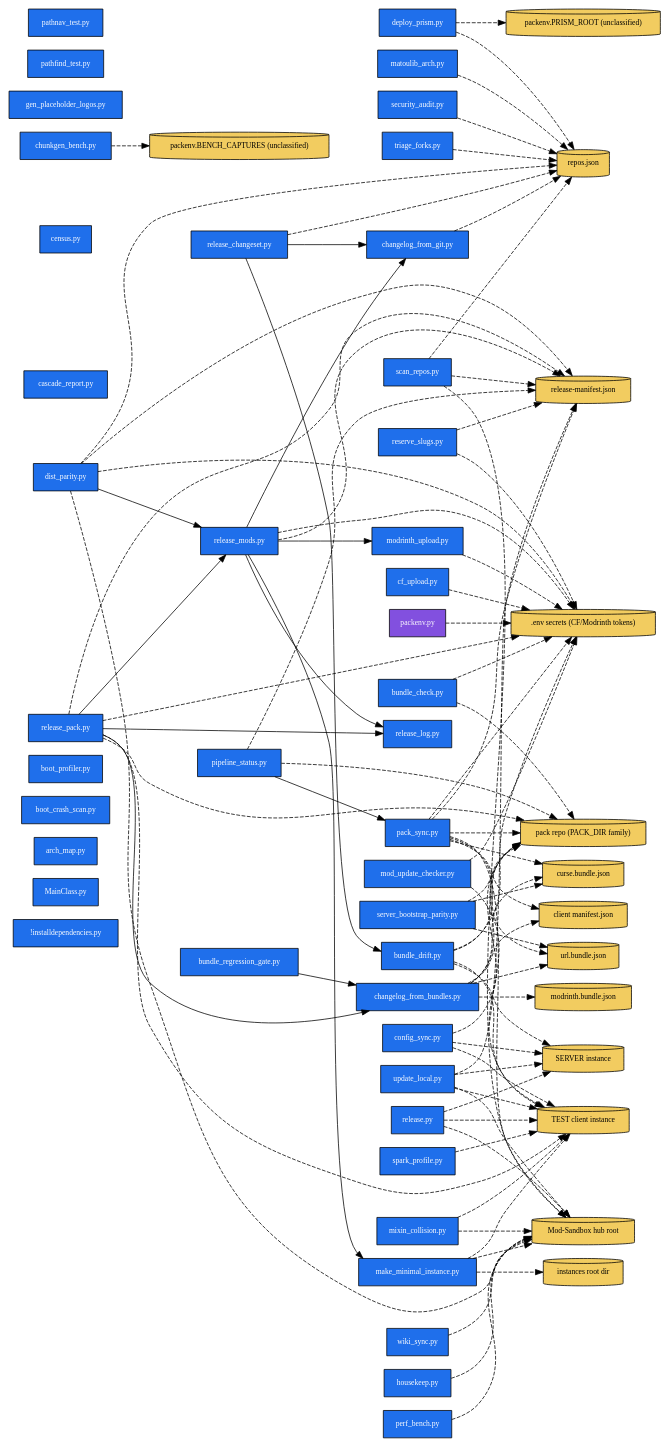
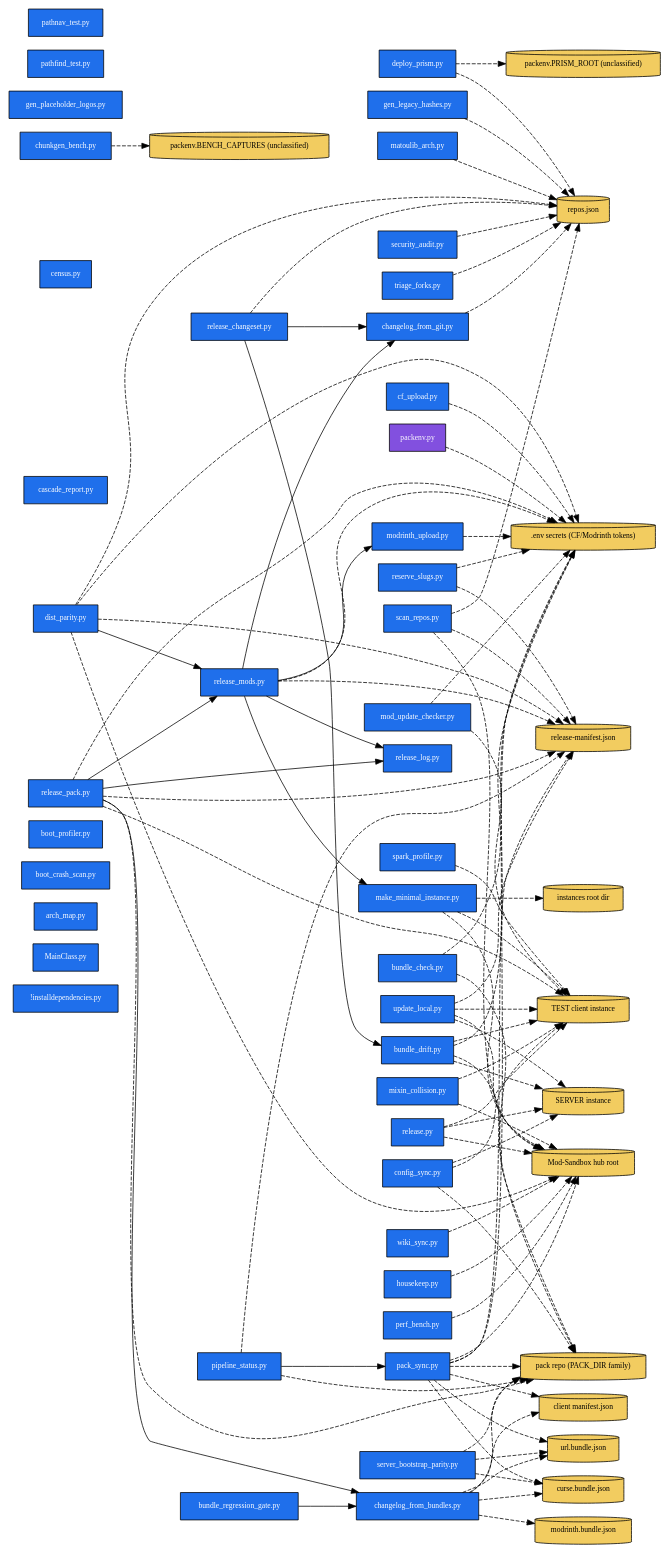
The diagram in ARCHITECTURE.dot (quentin452/Cat-Pack-Utilities), drawn with Graphviz before and after one commit. The commit also changed 2 other files, not shown here.

Commit message:
feat(tooling): gen_legacy_hashes.py — one-shot _legacy_hashes.json from a mod's git history
Generates the git-derived legacy-hash resource consumed by matoulib core DefaultsExtractor's
installed-base bootstrap (hub doc 60 §3): walks `git log --all`, hashes the raw bytes of every
historical blob under assets/<ns>/**, keyed by relpath, into
<repo>/src/main/resources/assets/<ns>/_legacy_hashes.json. Repo path resolved via
packenv/repos.json (no hardcoded paths). --check gates staleness. ARCHITECTURE map regenerated.

```diff
--- a/ARCHITECTURE.dot
+++ b/ARCHITECTURE.dot
@@ -1,146 +1,148 @@
 digraph arch {
   rankdir=LR;
   node [shape=box, style=filled, fontsize=10];
 
   S__installdependencies [label="!installdependencies.py", fillcolor="#1f6feb", fontcolor="white"];
   S_MainClass [label="MainClass.py", fillcolor="#1f6feb", fontcolor="white"];
   S_arch_map [label="arch_map.py", fillcolor="#1f6feb", fontcolor="white"];
   S_boot_crash_scan [label="boot_crash_scan.py", fillcolor="#1f6feb", fontcolor="white"];
   S_boot_profiler [label="boot_profiler.py", fillcolor="#1f6feb", fontcolor="white"];
   S_bundle_check [label="bundle_check.py", fillcolor="#1f6feb", fontcolor="white"];
   S_bundle_drift [label="bundle_drift.py", fillcolor="#1f6feb", fontcolor="white"];
   S_bundle_regression_gate [label="bundle_regression_gate.py", fillcolor="#1f6feb", fontcolor="white"];
   S_cascade_report [label="cascade_report.py", fillcolor="#1f6feb", fontcolor="white"];
   S_census [label="census.py", fillcolor="#1f6feb", fontcolor="white"];
   S_cf_upload [label="cf_upload.py", fillcolor="#1f6feb", fontcolor="white"];
   S_changelog_from_bundles [label="changelog_from_bundles.py", fillcolor="#1f6feb", fontcolor="white"];
   S_changelog_from_git [label="changelog_from_git.py", fillcolor="#1f6feb", fontcolor="white"];
   S_chunkgen_bench [label="chunkgen_bench.py", fillcolor="#1f6feb", fontcolor="white"];
   S_config_sync [label="config_sync.py", fillcolor="#1f6feb", fontcolor="white"];
   S_deploy_prism [label="deploy_prism.py", fillcolor="#1f6feb", fontcolor="white"];
   S_dist_parity [label="dist_parity.py", fillcolor="#1f6feb", fontcolor="white"];
+  S_gen_legacy_hashes [label="gen_legacy_hashes.py", fillcolor="#1f6feb", fontcolor="white"];
   S_gen_placeholder_logos [label="gen_placeholder_logos.py", fillcolor="#1f6feb", fontcolor="white"];
   S_housekeep [label="housekeep.py", fillcolor="#1f6feb", fontcolor="white"];
   S_make_minimal_instance [label="make_minimal_instance.py", fillcolor="#1f6feb", fontcolor="white"];
   S_matoulib_arch [label="matoulib_arch.py", fillcolor="#1f6feb", fontcolor="white"];
   S_mixin_collision [label="mixin_collision.py", fillcolor="#1f6feb", fontcolor="white"];
   S_mod_update_checker [label="mod_update_checker.py", fillcolor="#1f6feb", fontcolor="white"];
   S_modrinth_upload [label="modrinth_upload.py", fillcolor="#1f6feb", fontcolor="white"];
   S_pack_sync [label="pack_sync.py", fillcolor="#1f6feb", fontcolor="white"];
   S_packenv [label="packenv.py", fillcolor="#8250df", fontcolor="white"];
   S_pathfind_test [label="pathfind_test.py", fillcolor="#1f6feb", fontcolor="white"];
   S_pathnav_test [label="pathnav_test.py", fillcolor="#1f6feb", fontcolor="white"];
   S_perf_bench [label="perf_bench.py", fillcolor="#1f6feb", fontcolor="white"];
   S_pipeline_status [label="pipeline_status.py", fillcolor="#1f6feb", fontcolor="white"];
   S_release [label="release.py", fillcolor="#1f6feb", fontcolor="white"];
   S_release_changeset [label="release_changeset.py", fillcolor="#1f6feb", fontcolor="white"];
   S_release_log [label="release_log.py", fillcolor="#1f6feb", fontcolor="white"];
   S_release_mods [label="release_mods.py", fillcolor="#1f6feb", fontcolor="white"];
   S_release_pack [label="release_pack.py", fillcolor="#1f6feb", fontcolor="white"];
   S_reserve_slugs [label="reserve_slugs.py", fillcolor="#1f6feb", fontcolor="white"];
   S_scan_repos [label="scan_repos.py", fillcolor="#1f6feb", fontcolor="white"];
   S_security_audit [label="security_audit.py", fillcolor="#1f6feb", fontcolor="white"];
   S_server_bootstrap_parity [label="server_bootstrap_parity.py", fillcolor="#1f6feb", fontcolor="white"];
   S_spark_profile [label="spark_profile.py", fillcolor="#1f6feb", fontcolor="white"];
   S_triage_forks [label="triage_forks.py", fillcolor="#1f6feb", fontcolor="white"];
   S_update_local [label="update_local.py", fillcolor="#1f6feb", fontcolor="white"];
   S_wiki_sync [label="wiki_sync.py", fillcolor="#1f6feb", fontcolor="white"];
 
   D_ART_SECRETS [label=".env secrets (CF/Modrinth tokens)", shape=cylinder, fillcolor="#f2cc60"];
   D_ART_HUB [label="Mod-Sandbox hub root", shape=cylinder, fillcolor="#f2cc60"];
   D_ART_INSTANCE_SERVER [label="SERVER instance", shape=cylinder, fillcolor="#f2cc60"];
   D_ART_INSTANCE_TEST [label="TEST client instance", shape=cylinder, fillcolor="#f2cc60"];
   D_ART_CLIENT_MANIFEST [label="client manifest.json", shape=cylinder, fillcolor="#f2cc60"];
   D_ART_CURSE_BUNDLE [label="curse.bundle.json", shape=cylinder, fillcolor="#f2cc60"];
   D_ART_INSTANCES_ROOT [label="instances root dir", shape=cylinder, fillcolor="#f2cc60"];
   D_ART_MODRINTH_BUNDLE [label="modrinth.bundle.json", shape=cylinder, fillcolor="#f2cc60"];
   D_ART_PACK_DIR [label="pack repo (PACK_DIR family)", shape=cylinder, fillcolor="#f2cc60"];
   D_ART_OTHER_BENCH_CAPTURES [label="packenv.BENCH_CAPTURES (unclassified)", shape=cylinder, fillcolor="#f2cc60"];
   D_ART_OTHER_PRISM_ROOT [label="packenv.PRISM_ROOT (unclassified)", shape=cylinder, fillcolor="#f2cc60"];
   D_ART_RELEASE_MANIFEST [label="release-manifest.json", shape=cylinder, fillcolor="#f2cc60"];
   D_ART_REPOS_JSON [label="repos.json", shape=cylinder, fillcolor="#f2cc60"];
   D_ART_URL_BUNDLE [label="url.bundle.json", shape=cylinder, fillcolor="#f2cc60"];
 
   S_bundle_regression_gate -> S_changelog_from_bundles;
   S_dist_parity -> S_release_mods;
   S_pipeline_status -> S_pack_sync;
   S_release_changeset -> S_bundle_drift;
   S_release_changeset -> S_changelog_from_git;
   S_release_mods -> S_changelog_from_git;
   S_release_mods -> S_make_minimal_instance;
   S_release_mods -> S_modrinth_upload;
   S_release_mods -> S_release_log;
   S_release_pack -> S_changelog_from_bundles;
   S_release_pack -> S_release_log;
   S_release_pack -> S_release_mods;
   S_bundle_check -> D_ART_SECRETS [style=dashed];
   S_bundle_check -> D_ART_PACK_DIR [style=dashed];
   S_bundle_drift -> D_ART_SECRETS [style=dashed];
   S_bundle_drift -> D_ART_INSTANCE_SERVER [style=dashed];
   S_bundle_drift -> D_ART_INSTANCE_TEST [style=dashed];
   S_bundle_drift -> D_ART_PACK_DIR [style=dashed];
   S_cf_upload -> D_ART_SECRETS [style=dashed];
   S_changelog_from_bundles -> D_ART_CLIENT_MANIFEST [style=dashed];
   S_changelog_from_bundles -> D_ART_CURSE_BUNDLE [style=dashed];
   S_changelog_from_bundles -> D_ART_MODRINTH_BUNDLE [style=dashed];
   S_changelog_from_bundles -> D_ART_PACK_DIR [style=dashed];
   S_changelog_from_bundles -> D_ART_URL_BUNDLE [style=dashed];
   S_changelog_from_git -> D_ART_REPOS_JSON [style=dashed];
   S_chunkgen_bench -> D_ART_OTHER_BENCH_CAPTURES [style=dashed];
   S_config_sync -> D_ART_INSTANCE_SERVER [style=dashed];
   S_config_sync -> D_ART_INSTANCE_TEST [style=dashed];
   S_config_sync -> D_ART_PACK_DIR [style=dashed];
   S_deploy_prism -> D_ART_OTHER_PRISM_ROOT [style=dashed];
   S_deploy_prism -> D_ART_REPOS_JSON [style=dashed];
   S_dist_parity -> D_ART_SECRETS [style=dashed];
   S_dist_parity -> D_ART_HUB [style=dashed];
   S_dist_parity -> D_ART_RELEASE_MANIFEST [style=dashed];
   S_dist_parity -> D_ART_REPOS_JSON [style=dashed];
+  S_gen_legacy_hashes -> D_ART_REPOS_JSON [style=dashed];
   S_housekeep -> D_ART_HUB [style=dashed];
   S_make_minimal_instance -> D_ART_HUB [style=dashed];
   S_make_minimal_instance -> D_ART_INSTANCE_TEST [style=dashed];
   S_make_minimal_instance -> D_ART_INSTANCES_ROOT [style=dashed];
   S_matoulib_arch -> D_ART_REPOS_JSON [style=dashed];
   S_mixin_collision -> D_ART_HUB [style=dashed];
   S_mixin_collision -> D_ART_INSTANCE_TEST [style=dashed];
   S_mod_update_checker -> D_ART_SECRETS [style=dashed];
   S_mod_update_checker -> D_ART_INSTANCE_TEST [style=dashed];
   S_modrinth_upload -> D_ART_SECRETS [style=dashed];
   S_pack_sync -> D_ART_SECRETS [style=dashed];
   S_pack_sync -> D_ART_HUB [style=dashed];
   S_pack_sync -> D_ART_CLIENT_MANIFEST [style=dashed];
   S_pack_sync -> D_ART_CURSE_BUNDLE [style=dashed];
   S_pack_sync -> D_ART_PACK_DIR [style=dashed];
   S_pack_sync -> D_ART_RELEASE_MANIFEST [style=dashed];
   S_pack_sync -> D_ART_URL_BUNDLE [style=dashed];
   S_packenv -> D_ART_SECRETS [style=dashed];
   S_perf_bench -> D_ART_HUB [style=dashed];
   S_pipeline_status -> D_ART_PACK_DIR [style=dashed];
   S_pipeline_status -> D_ART_RELEASE_MANIFEST [style=dashed];
   S_release -> D_ART_HUB [style=dashed];
   S_release -> D_ART_INSTANCE_SERVER [style=dashed];
   S_release -> D_ART_INSTANCE_TEST [style=dashed];
   S_release_changeset -> D_ART_REPOS_JSON [style=dashed];
   S_release_mods -> D_ART_SECRETS [style=dashed];
   S_release_mods -> D_ART_RELEASE_MANIFEST [style=dashed];
   S_release_pack -> D_ART_SECRETS [style=dashed];
   S_release_pack -> D_ART_INSTANCE_TEST [style=dashed];
   S_release_pack -> D_ART_PACK_DIR [style=dashed];
   S_release_pack -> D_ART_RELEASE_MANIFEST [style=dashed];
   S_reserve_slugs -> D_ART_SECRETS [style=dashed];
   S_reserve_slugs -> D_ART_RELEASE_MANIFEST [style=dashed];
   S_scan_repos -> D_ART_HUB [style=dashed];
   S_scan_repos -> D_ART_RELEASE_MANIFEST [style=dashed];
   S_scan_repos -> D_ART_REPOS_JSON [style=dashed];
   S_security_audit -> D_ART_REPOS_JSON [style=dashed];
   S_server_bootstrap_parity -> D_ART_CURSE_BUNDLE [style=dashed];
   S_server_bootstrap_parity -> D_ART_PACK_DIR [style=dashed];
   S_server_bootstrap_parity -> D_ART_URL_BUNDLE [style=dashed];
   S_spark_profile -> D_ART_INSTANCE_TEST [style=dashed];
   S_triage_forks -> D_ART_REPOS_JSON [style=dashed];
   S_update_local -> D_ART_HUB [style=dashed];
   S_update_local -> D_ART_INSTANCE_SERVER [style=dashed];
   S_update_local -> D_ART_INSTANCE_TEST [style=dashed];
   S_update_local -> D_ART_RELEASE_MANIFEST [style=dashed];
   S_wiki_sync -> D_ART_HUB [style=dashed];
 }
```
